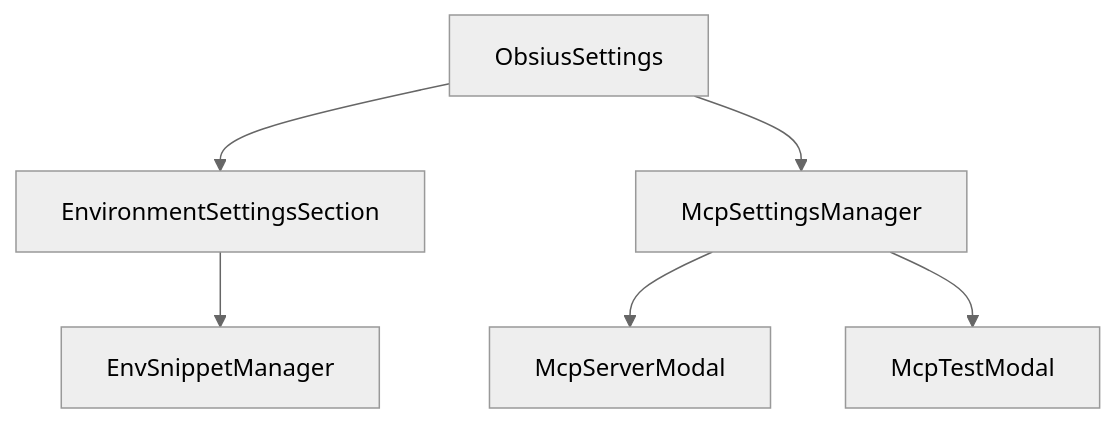
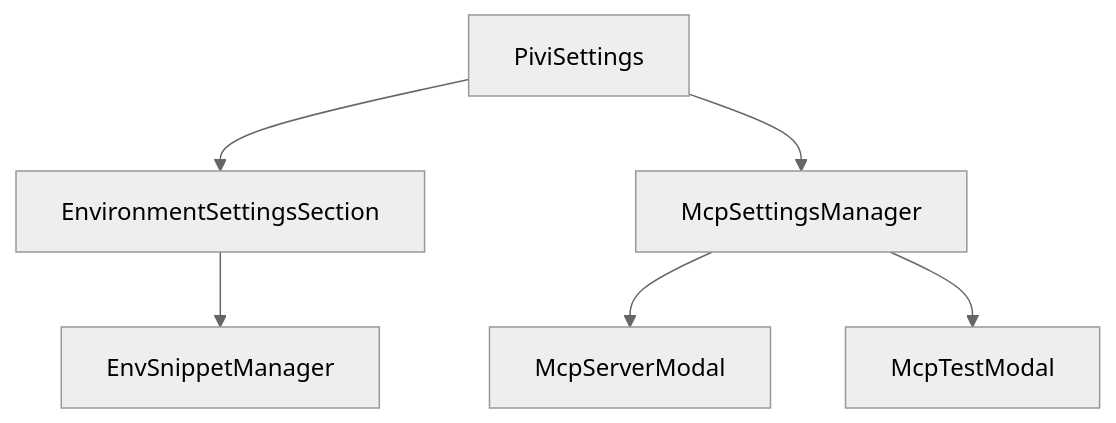
One commit to shuuul/obsidian-pivi changed the diagram in src/features/settings/ui/AGENTS.md. Above: the diagram before and after it, drawn with Mermaid (neutral theme). The commit also changed 283 other files, not shown here.

First line of the commit message:
feat(plugin)!: rename Obsius to Pivi

````diff
--- a/src/features/settings/ui/AGENTS.md
+++ b/src/features/settings/ui/AGENTS.md
@@ -7,8 +7,8 @@
 ```mermaid
 flowchart TD
-  Settings["ObsiusSettings"] --> Env["EnvironmentSettingsSection"]
+  Settings["PiviSettings"] --> Env["EnvironmentSettingsSection"]
   Env --> Snippets["EnvSnippetManager"]
   Settings --> Mcp["McpSettingsManager"]
   Mcp --> Server["McpServerModal"]
   Mcp --> Test["McpTestModal"]
 ```
````
